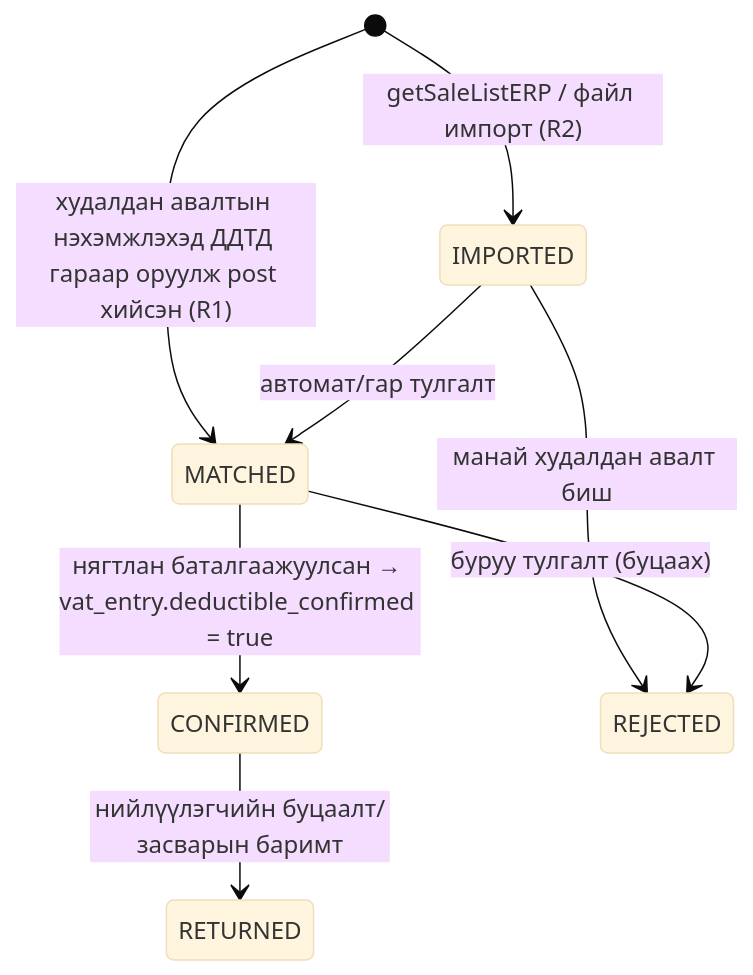
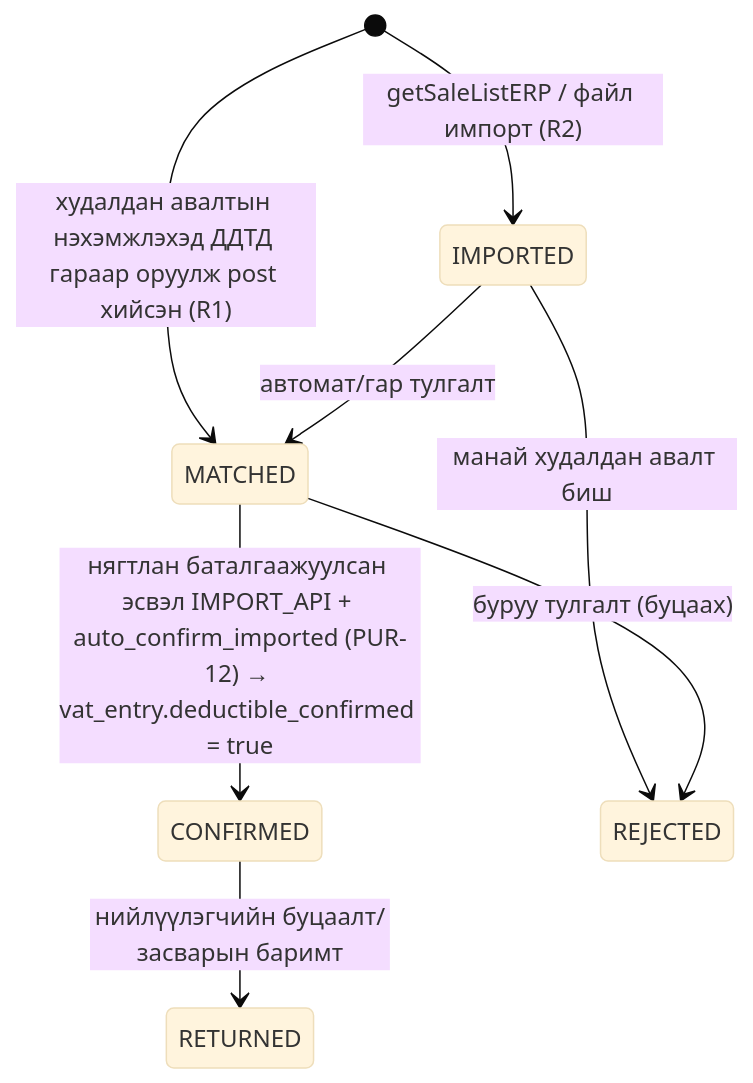
One commit to taigiiz/BCApps changed the seventh of 7 diagrams in docs/features/mn-micro-erp/12-ebarimt-integration.md. Above: the diagram before and after it, drawn with Mermaid (base theme). The commit also changed other lines of this file and 11 other files, not shown here.

````diff
--- a/docs/features/mn-micro-erp/12-ebarimt-integration.md
+++ b/docs/features/mn-micro-erp/12-ebarimt-integration.md
@@ -1079,10 +1155,10 @@
 ```mermaid
 stateDiagram-v2
     [*] --> IMPORTED : getSaleListERP / файл импорт (R2)
     [*] --> MATCHED : худалдан авалтын нэхэмжлэхэд ДДТД гараар оруулж post хийсэн (R1)
     IMPORTED --> MATCHED : автомат/гар тулгалт
-    MATCHED --> CONFIRMED : нягтлан баталгаажуулсан → vat_entry.deductible_confirmed = true
+    MATCHED --> CONFIRMED : нягтлан баталгаажуулсан эсвэл IMPORT_API + auto_confirm_imported (PUR-12) → vat_entry.deductible_confirmed = true
     IMPORTED --> REJECTED : манай худалдан авалт биш
     MATCHED --> REJECTED : буруу тулгалт (буцаах)
     CONFIRMED --> RETURNED : нийлүүлэгчийн буцаалт/засварын баримт
 ```
````
